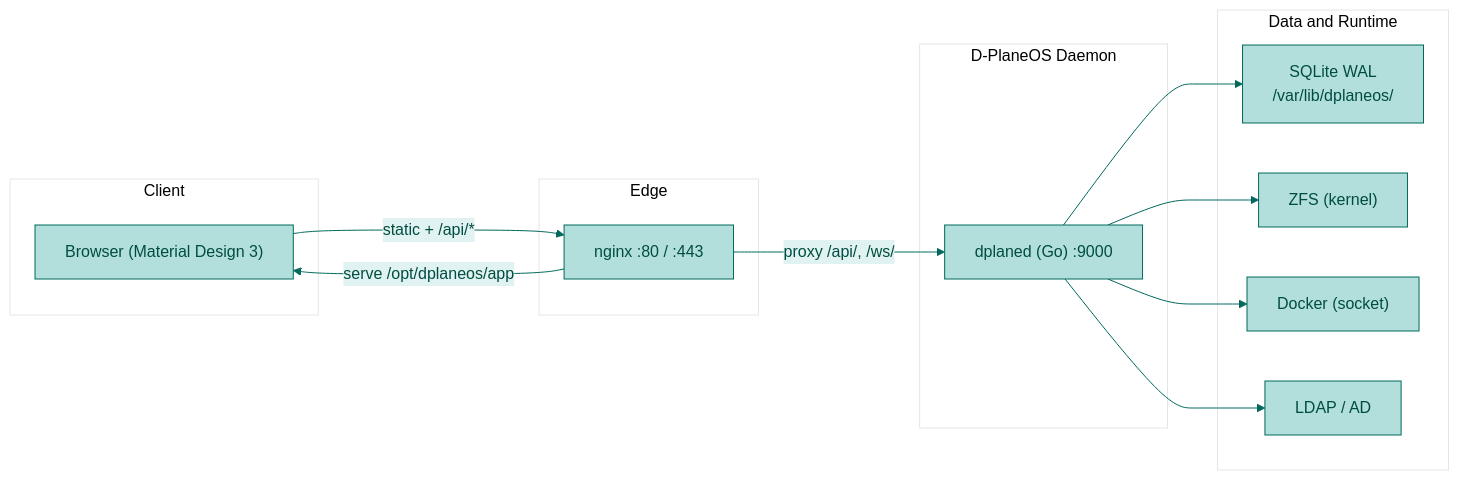
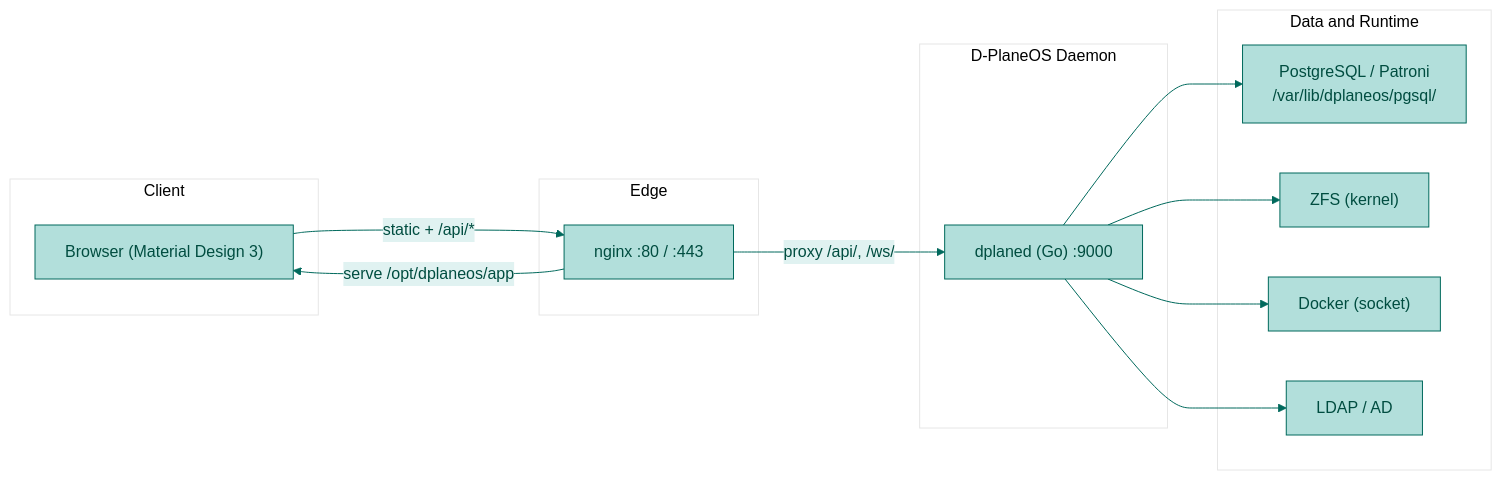
The first of 6 diagrams in docs/development/CODEBASE-DIAGRAM.md (4nonX/DPlaneOS), drawn with Mermaid before and after one commit. The commit also changed other lines of this file and 17 other files, not shown here.

Commit message:
docs: complete PostgreSQL migration documentation and refactor infra

````diff
--- a/docs/development/CODEBASE-DIAGRAM.md
+++ b/docs/development/CODEBASE-DIAGRAM.md
@@ -9,30 +9,30 @@
 ```mermaid
 %%{init: {'theme':'base', 'themeVariables': { 'primaryColor':'#b2dfdb', 'primaryTextColor':'#004d40', 'primaryBorderColor':'#00695c', 'lineColor':'#00695c', 'secondaryColor':'#e0f2f1', 'tertiaryColor':'#fff' }}}%%
 flowchart LR
     subgraph Client
         Browser["Browser (Material Design 3)"]
     end
 
     subgraph Edge
         nginx["nginx :80 / :443"]
     end
 
     subgraph Backend["D-PlaneOS Daemon"]
         dplaned["dplaned (Go) :9000"]
     end
 
     subgraph Data["Data and Runtime"]
-        SQLite["SQLite WAL\n/var/lib/dplaneos/"]
+        PostgreSQL["PostgreSQL / Patroni\n/var/lib/dplaneos/pgsql/"]
         ZFS["ZFS (kernel)"]
         Docker["Docker (socket)"]
         LDAP["LDAP / AD"]
     end
 
     Browser -->|"static + /api/*"| nginx
     nginx -->|"proxy /api/, /ws/"| dplaned
     nginx -->|"serve /opt/dplaneos/app"| Browser
-    dplaned --> SQLite
+    dplaned --> PostgreSQL
     dplaned --> ZFS
     dplaned --> Docker
     dplaned --> LDAP
 ```
````
